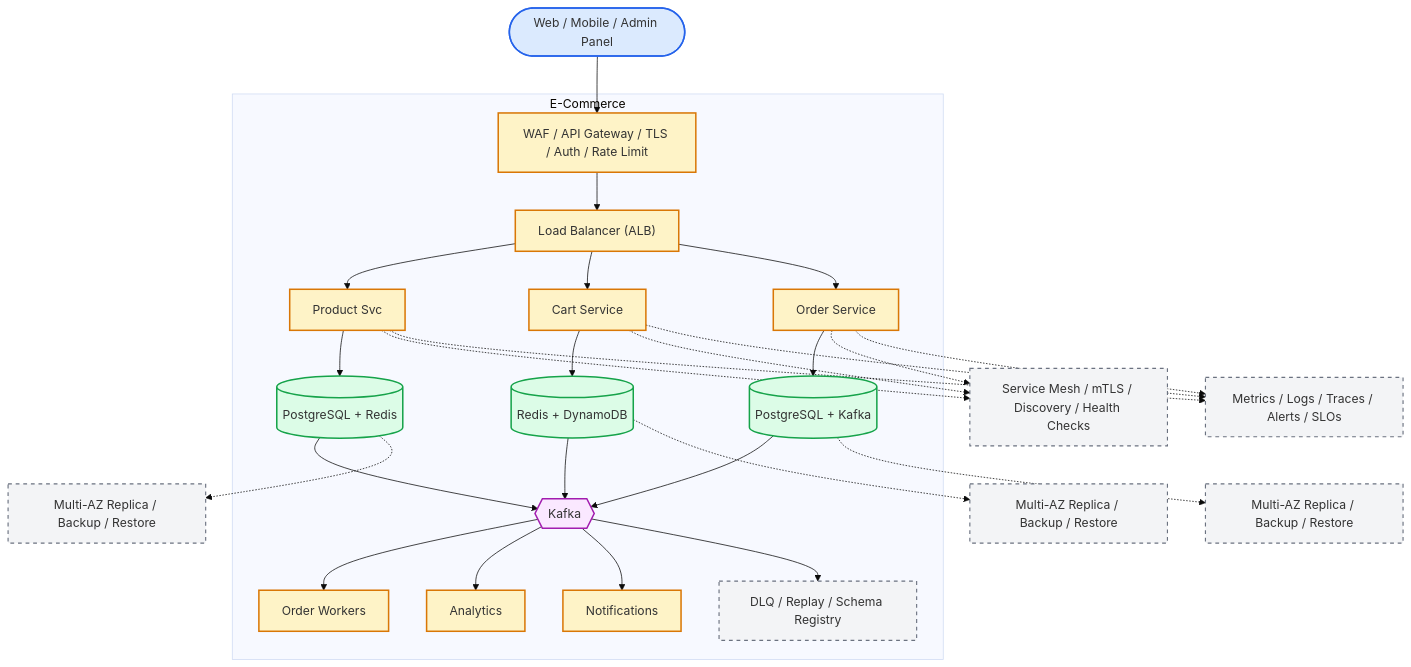
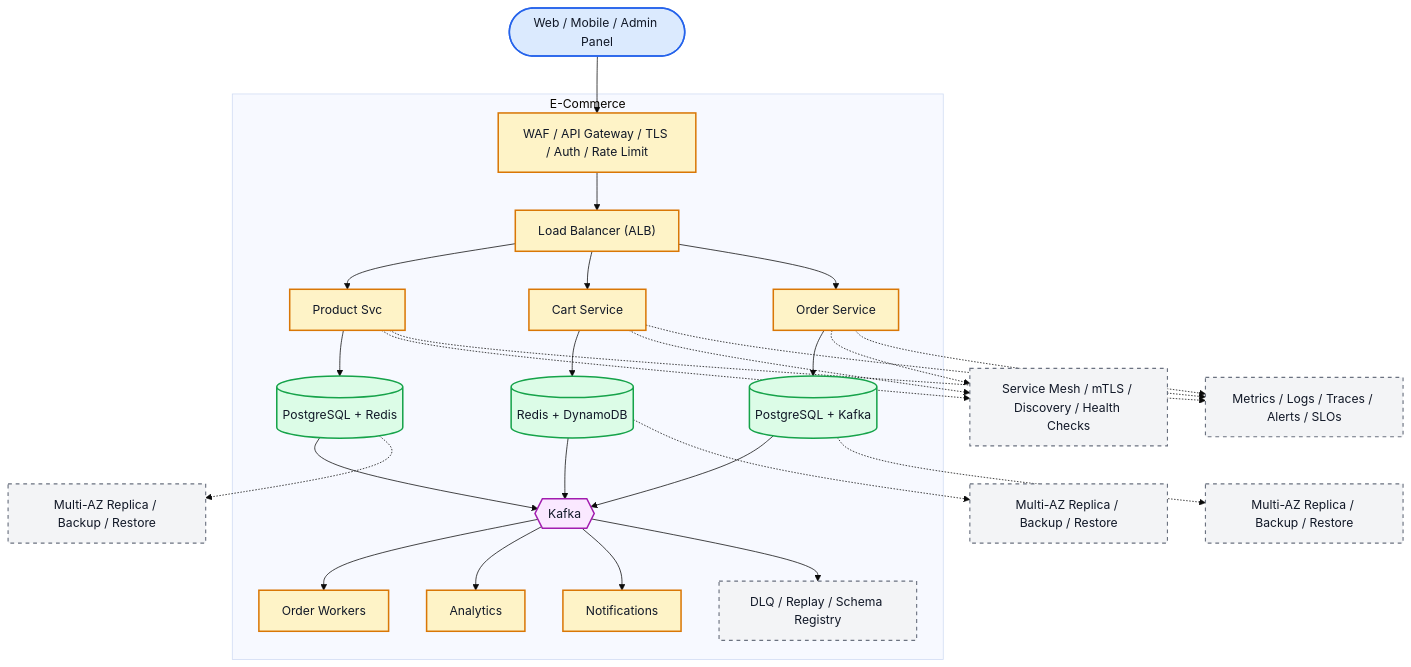
The diagram in system-design-ecommerce.md (aishwary11/system-design), drawn with Mermaid (base theme) before and after one commit. The commit also changed 36 other files, not shown here.

First line of the commit message:
Fix diagram label contrast on dark themes

````diff
--- a/system-design-ecommerce.md
+++ b/system-design-ecommerce.md
@@ -40,65 +40,65 @@
 ```mermaid
 flowchart TB
     %% Actors (people)
     clients(["Web / Mobile / Admin Panel"])
 
     %% System boundary - containers owned by the platform
     subgraph platform["E-Commerce"]
         edge["WAF / API Gateway / TLS / Auth / Rate Limit"]
         lb["Load Balancer (ALB)"]
         svc0["Product Svc"]
         svc1["Cart Service"]
         svc2["Order Service"]
         store0[("PostgreSQL + Redis")]
         store1[("Redis + DynamoDB")]
         store2[("PostgreSQL + Kafka")]
         stream{{"Kafka"}}
         worker0["Order Workers"]
         worker1["Analytics"]
         worker2["Notifications"]
         dlq["DLQ / Replay / Schema Registry"]
     end
 
     %% Cross-cutting control plane (dashed edges)
     mesh["Service Mesh / mTLS / Discovery / Health Checks"]
     ops["Metrics / Logs / Traces / Alerts / SLOs"]
     backup0["Multi-AZ Replica / Backup / Restore"]
     backup1["Multi-AZ Replica / Backup / Restore"]
     backup2["Multi-AZ Replica / Backup / Restore"]
 
     clients --> edge
     edge --> lb
     lb --> svc0
     lb --> svc1
     lb --> svc2
     svc0 --> store0
     svc1 --> store1
     svc2 --> store2
     store0 --> stream
     store1 --> stream
     store2 --> stream
     stream --> worker0
     stream --> worker1
     stream --> worker2
     stream --> dlq
     svc0 -.-> mesh
     svc1 -.-> mesh
     svc2 -.-> mesh
     svc0 -.-> ops
     svc1 -.-> ops
     svc2 -.-> ops
     store0 -.-> backup0
     store1 -.-> backup1
     store2 -.-> backup2
 
-    classDef actor fill:#dbeafe,stroke:#2563eb,stroke-width:2px
-    classDef service fill:#fef3c7,stroke:#d97706,stroke-width:2px
-    classDef store fill:#dcfce7,stroke:#16a34a,stroke-width:2px
-    classDef broker fill:#fae8ff,stroke:#a21caf,stroke-width:2px
-    classDef control fill:#f3f4f6,stroke:#6b7280,stroke-width:1.5px,stroke-dasharray:5 5
+    classDef actor fill:#dbeafe,stroke:#2563eb,stroke-width:2px,color:#111827
+    classDef service fill:#fef3c7,stroke:#d97706,stroke-width:2px,color:#111827
+    classDef store fill:#dcfce7,stroke:#16a34a,stroke-width:2px,color:#111827
+    classDef broker fill:#fae8ff,stroke:#a21caf,stroke-width:2px,color:#111827
+    classDef control fill:#f3f4f6,stroke:#6b7280,stroke-width:1.5px,stroke-dasharray:5 5,color:#111827
     class clients actor
     class edge,lb,svc0,svc1,svc2,worker0,worker1,worker2 service
     class store0,store1,store2 store
     class stream broker
     class dlq,mesh,ops,backup0,backup1,backup2 control
 ```
````
